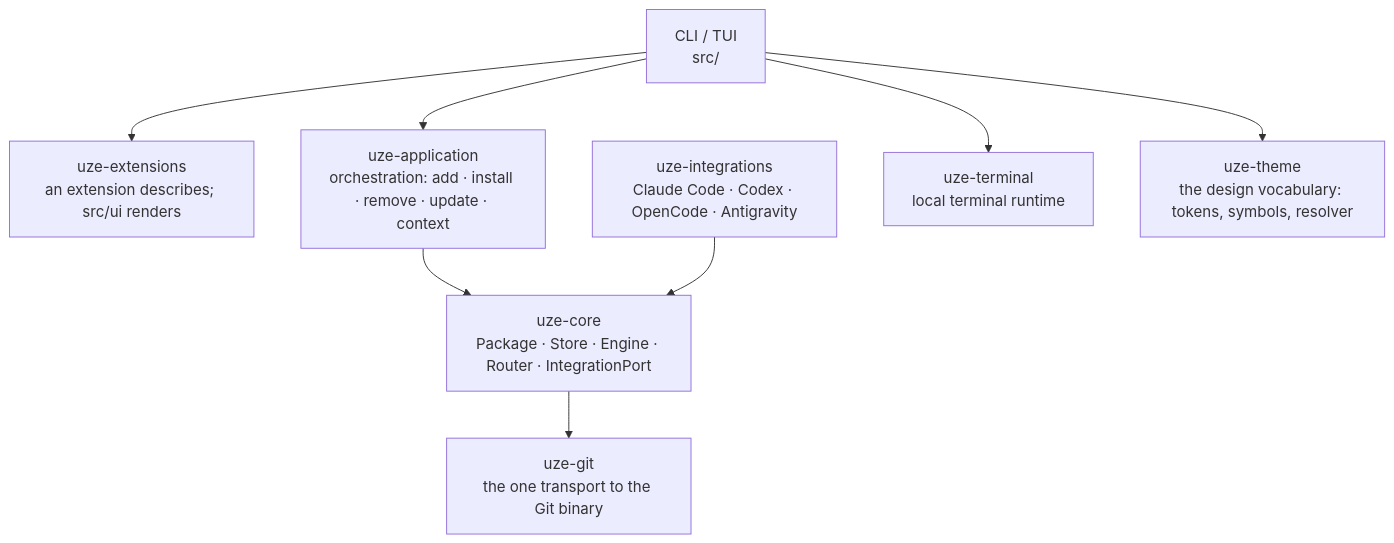
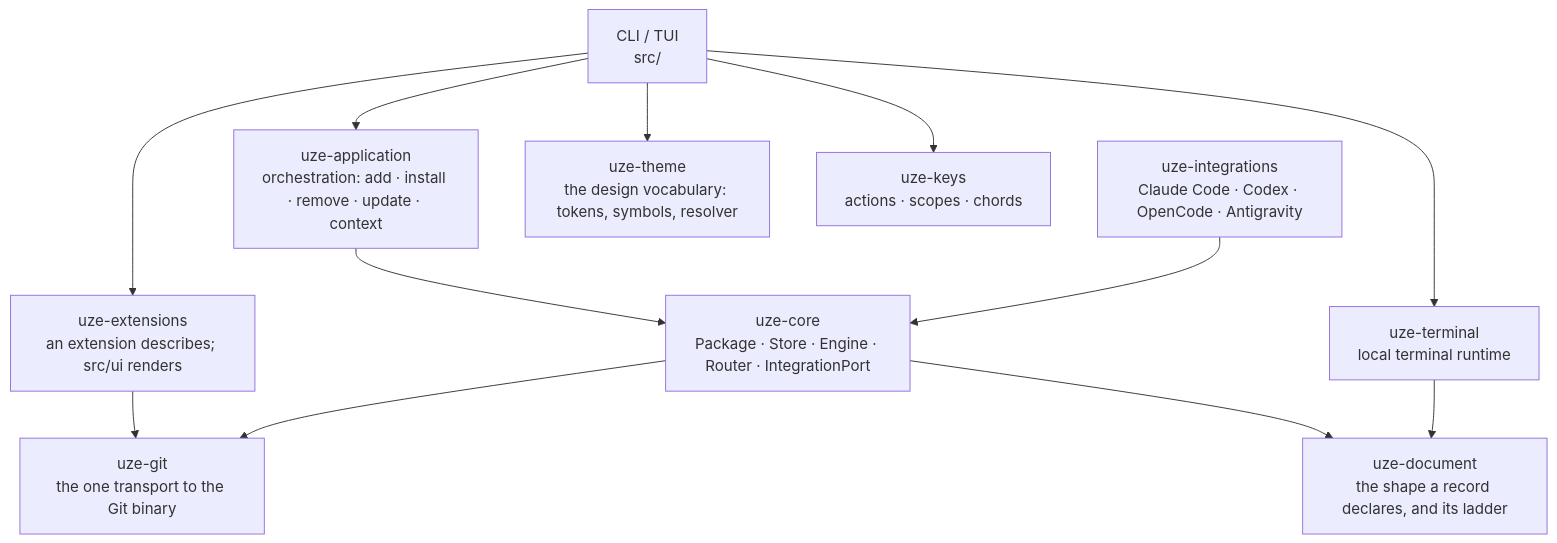
Before and after one commit to hiukky/uze: the diagram in web/content/docs/architecture.mdx, drawn with Mermaid. The commit also changed other lines of this file and 60 other files, not shown here.

````diff
--- a/web/content/docs/architecture.mdx
+++ b/web/content/docs/architecture.mdx
@@ -12,19 +12,25 @@
 ```mermaid
 graph TD
     CLI["CLI / TUI<br/>src/"]
     EXT["uze-extensions<br/>an extension describes; src/ui renders"]
     APP["uze-application<br/>orchestration: add · install · remove · update · context"]
     CORE["uze-core<br/>Package · Store · Engine · Router · IntegrationPort"]
     INTEG["uze-integrations<br/>Claude Code · Codex · OpenCode · Antigravity"]
     TERM["uze-terminal<br/>local terminal runtime"]
     GIT["uze-git<br/>the one transport to the Git binary"]
     THEME["uze-theme<br/>the design vocabulary: tokens, symbols, resolver"]
+    KEYS["uze-keys<br/>actions · scopes · chords"]
+    DOC["uze-document<br/>the shape a record declares, and its ladder"]
 
     CLI --> EXT
     CLI --> APP
     CLI --> TERM
     CLI --> THEME
+    CLI --> KEYS
+    EXT --> GIT
     APP --> CORE
     INTEG --> CORE
     CORE --> GIT
+    CORE --> DOC
+    TERM --> DOC
 ```
````
